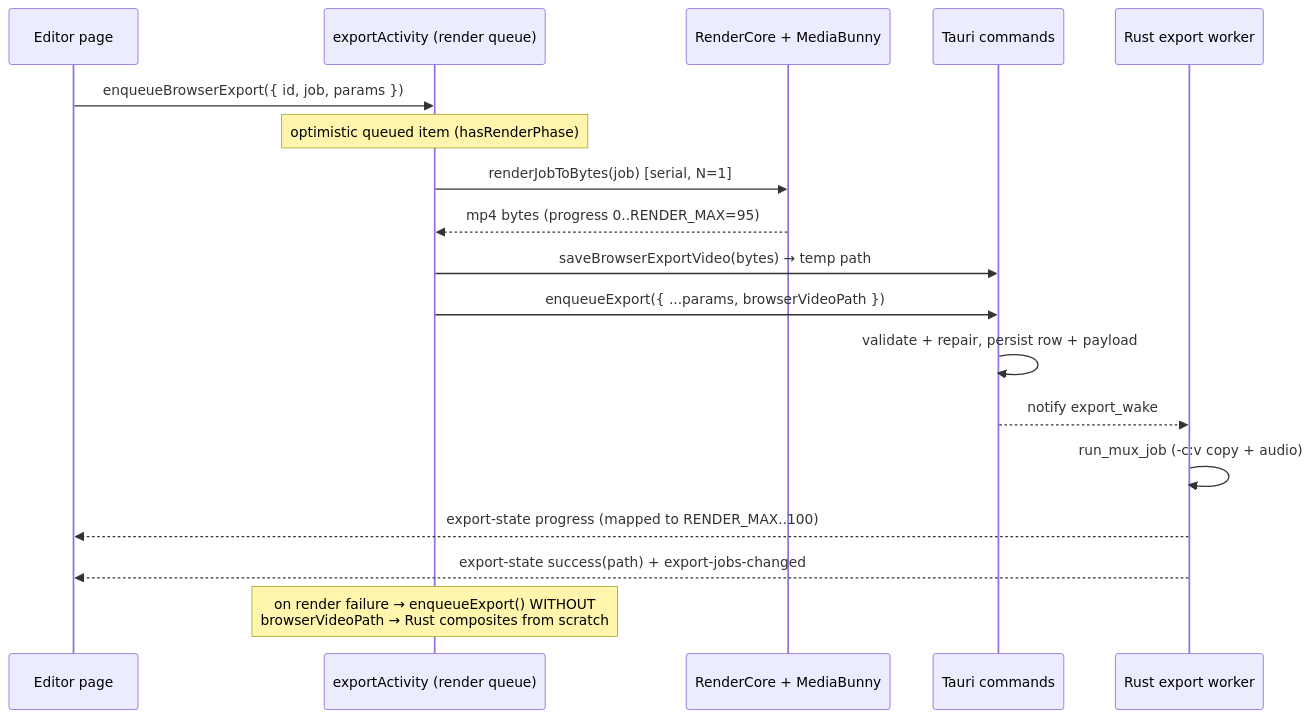
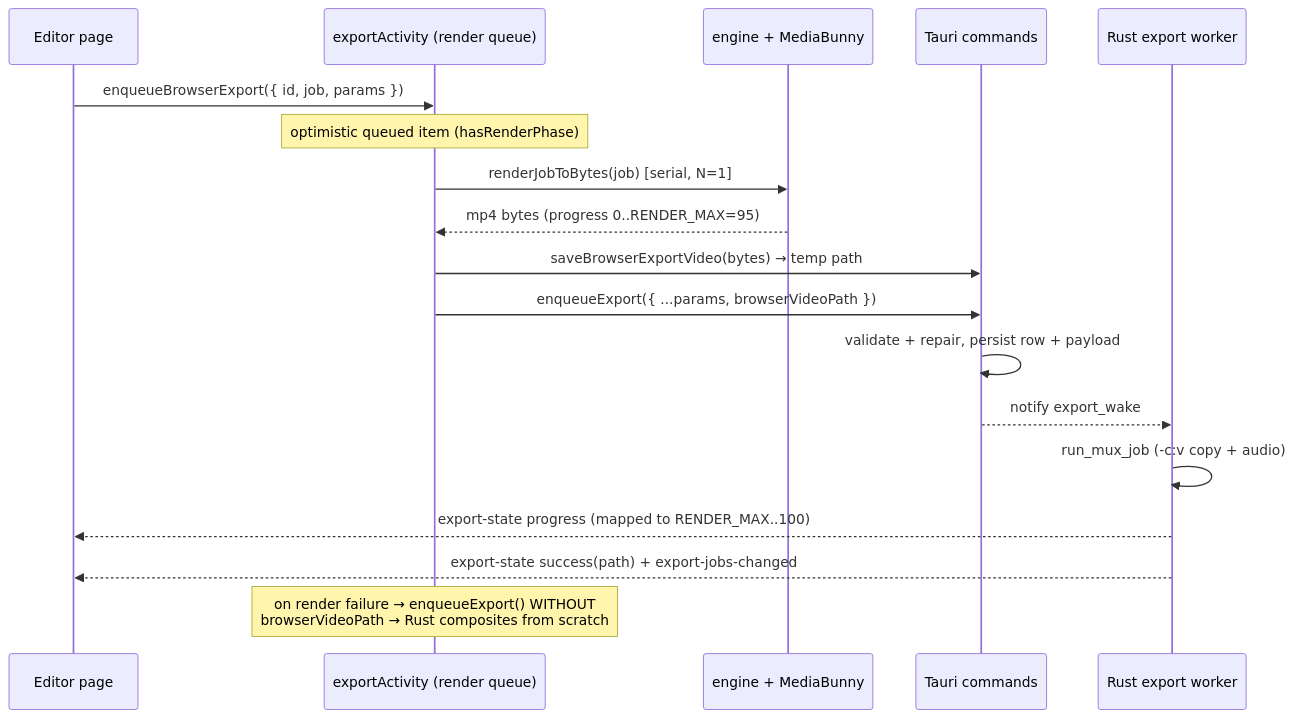
One commit to kanakkholwal/recast changed the second of 2 diagrams in apps/web/content/architecture/export-pipeline.md. Above: the diagram before and after it, drawn with Mermaid. The commit also changed other lines of this file and 398 other files, not shown here.

````diff
--- a/apps/web/content/architecture/export-pipeline.md
+++ b/apps/web/content/architecture/export-pipeline.md
@@ -83,21 +83,21 @@
 ```mermaid
 sequenceDiagram
     participant Ed as Editor page
     participant EA as exportActivity (render queue)
-    participant RC as RenderCore + MediaBunny
+    participant RC as engine + MediaBunny
     participant IPC as Tauri commands
     participant WK as Rust export worker
 
     Ed->>EA: enqueueBrowserExport({ id, job, params })
     Note over EA: optimistic queued item (hasRenderPhase)
     EA->>RC: renderJobToBytes(job) [serial, N=1]
     RC-->>EA: mp4 bytes (progress 0..RENDER_MAX=95)
     EA->>IPC: saveBrowserExportVideo(bytes) → temp path
     EA->>IPC: enqueueExport({ ...params, browserVideoPath })
     IPC->>IPC: validate + repair, persist row + payload
     IPC-->>WK: notify export_wake
     WK->>WK: run_mux_job (-c:v copy + audio)
     WK-->>Ed: export-state progress (mapped to RENDER_MAX..100)
     WK-->>Ed: export-state success(path) + export-jobs-changed
     Note over EA: on render failure → enqueueExport() WITHOUT<br/>browserVideoPath → Rust composites from scratch
 ```
````
